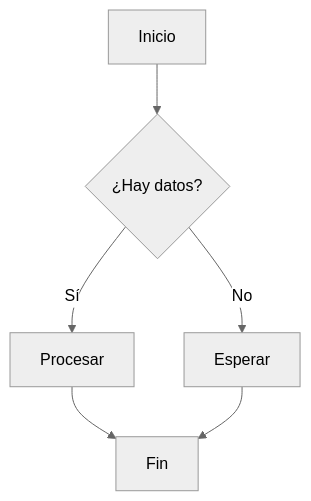
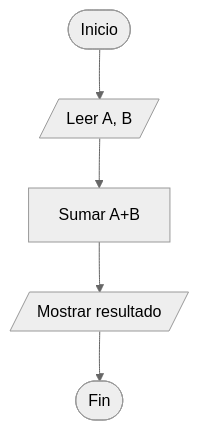
Before and after one commit to Abel-DB/Algoritmos-programacion: the eighth of 13 diagrams in Tema04_Control/1-instrucciones_control.md, drawn with Mermaid (neutral theme). The commit also changed other lines of this file, not shown here.

````diff
--- a/Tema04_Control/1-instrucciones_control.md
+++ b/Tema04_Control/1-instrucciones_control.md
@@ -6,8 +131,10 @@
-```mermaid
+~~~mermaid
 flowchart TD
-    A[Inicio] --> B{¿Hay datos?}
-    B -- Sí --> C[Procesar]
-    B -- No --> D[Esperar]
-    C --> E[Fin]
-    D --> E
-```
+A([Inicio])
+B[/Leer A, B/]
+C[Sumar A+B]
+D[/Mostrar resultado/]
+E([Fin])
+
+A --> B --> C --> D --> E
+~~~
````
